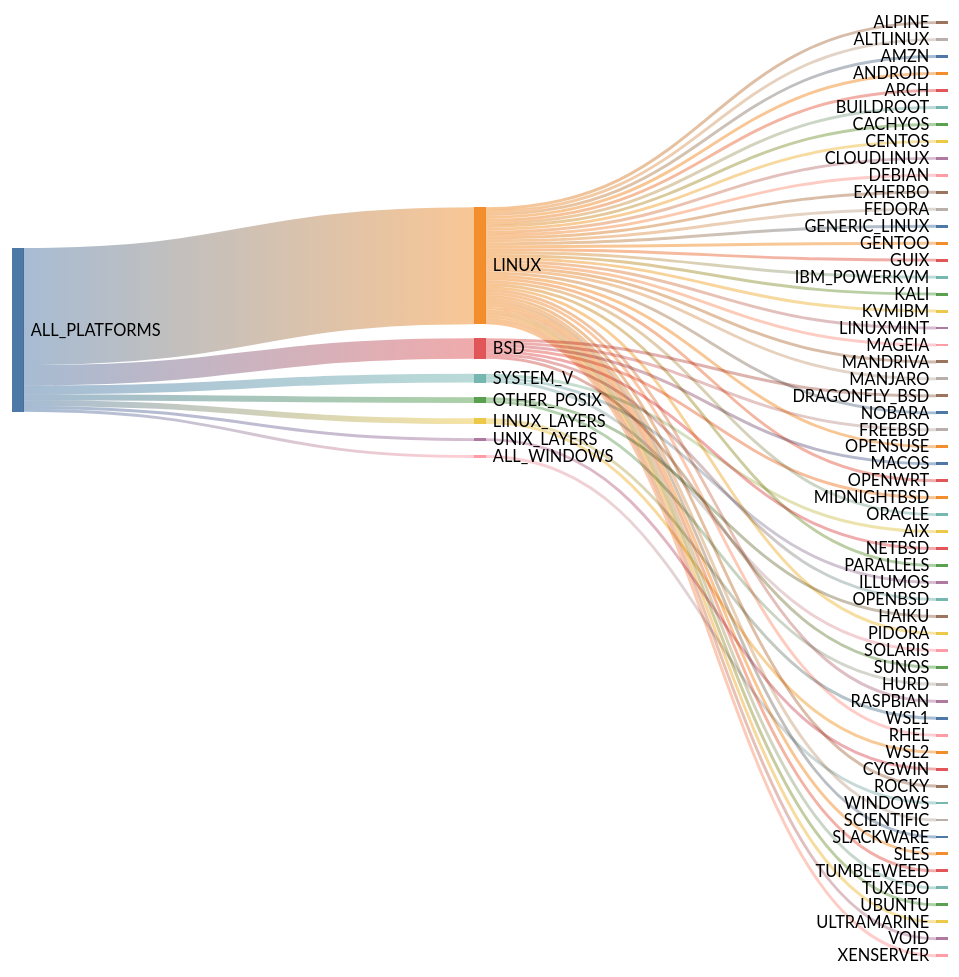
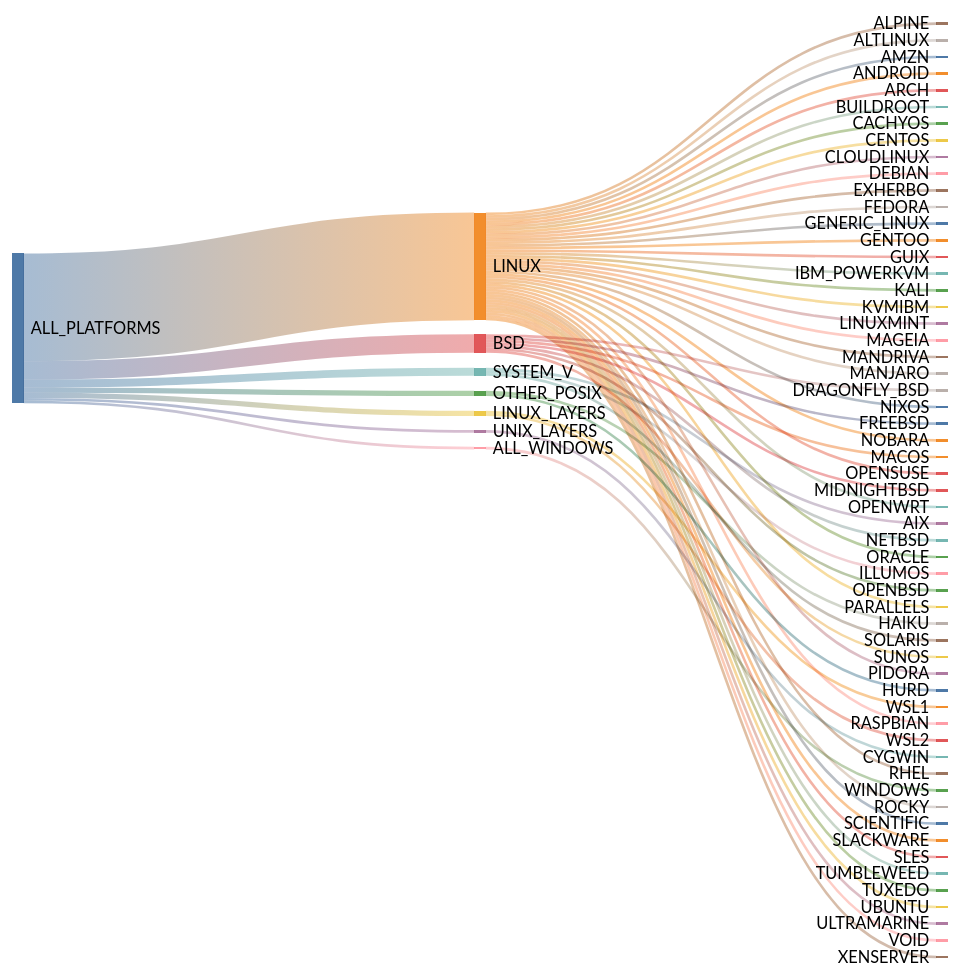
Before and after one commit to kdeldycke/extra-platforms: the first of 2 diagrams in docs/platforms.md, drawn with Mermaid (neutral theme). The commit also changed other lines of this file and 14 other files, not shown here.

````diff
--- a/docs/platforms.md
+++ b/docs/platforms.md
@@ -157,70 +158,71 @@
 ```mermaid
 ---
 config: {"sankey": {"showValues": false, "width": 800, "height": 800}}
 ---
 sankey-beta
 
-ALL_PLATFORMS,LINUX,40
+ALL_PLATFORMS,LINUX,41
 ALL_PLATFORMS,BSD,7
 ALL_PLATFORMS,SYSTEM_V,3
 ALL_PLATFORMS,OTHER_POSIX,2
 ALL_PLATFORMS,LINUX_LAYERS,2
 ALL_PLATFORMS,UNIX_LAYERS,1
 ALL_PLATFORMS,ALL_WINDOWS,1
 LINUX,ALPINE,1
 LINUX,ALTLINUX,1
 LINUX,AMZN,1
 LINUX,ANDROID,1
 LINUX,ARCH,1
 LINUX,BUILDROOT,1
 LINUX,CACHYOS,1
 LINUX,CENTOS,1
 LINUX,CLOUDLINUX,1
 LINUX,DEBIAN,1
 LINUX,EXHERBO,1
 LINUX,FEDORA,1
 LINUX,GENERIC_LINUX,1
 LINUX,GENTOO,1
 LINUX,GUIX,1
 LINUX,IBM_POWERKVM,1
 LINUX,KALI,1
 LINUX,KVMIBM,1
 LINUX,LINUXMINT,1
 LINUX,MAGEIA,1
 LINUX,MANDRIVA,1
 LINUX,MANJARO,1
+LINUX,NIXOS,1
 LINUX,NOBARA,1
 LINUX,OPENSUSE,1
 LINUX,OPENWRT,1
 LINUX,ORACLE,1
 LINUX,PARALLELS,1
 LINUX,PIDORA,1
 LINUX,RASPBIAN,1
 LINUX,RHEL,1
 LINUX,ROCKY,1
 LINUX,SCIENTIFIC,1
 LINUX,SLACKWARE,1
 LINUX,SLES,1
 LINUX,TUMBLEWEED,1
 LINUX,TUXEDO,1
 LINUX,UBUNTU,1
 LINUX,ULTRAMARINE,1
 LINUX,VOID,1
 LINUX,XENSERVER,1
 BSD,DRAGONFLY_BSD,1
 BSD,FREEBSD,1
 BSD,MACOS,1
 BSD,MIDNIGHTBSD,1
 BSD,NETBSD,1
 BSD,OPENBSD,1
 BSD,SUNOS,1
 SYSTEM_V,AIX,1
 SYSTEM_V,ILLUMOS,1
 SYSTEM_V,SOLARIS,1
 OTHER_POSIX,HAIKU,1
 OTHER_POSIX,HURD,1
 LINUX_LAYERS,WSL1,1
 LINUX_LAYERS,WSL2,1
 UNIX_LAYERS,CYGWIN,1
 ALL_WINDOWS,WINDOWS,1
 ```
````
